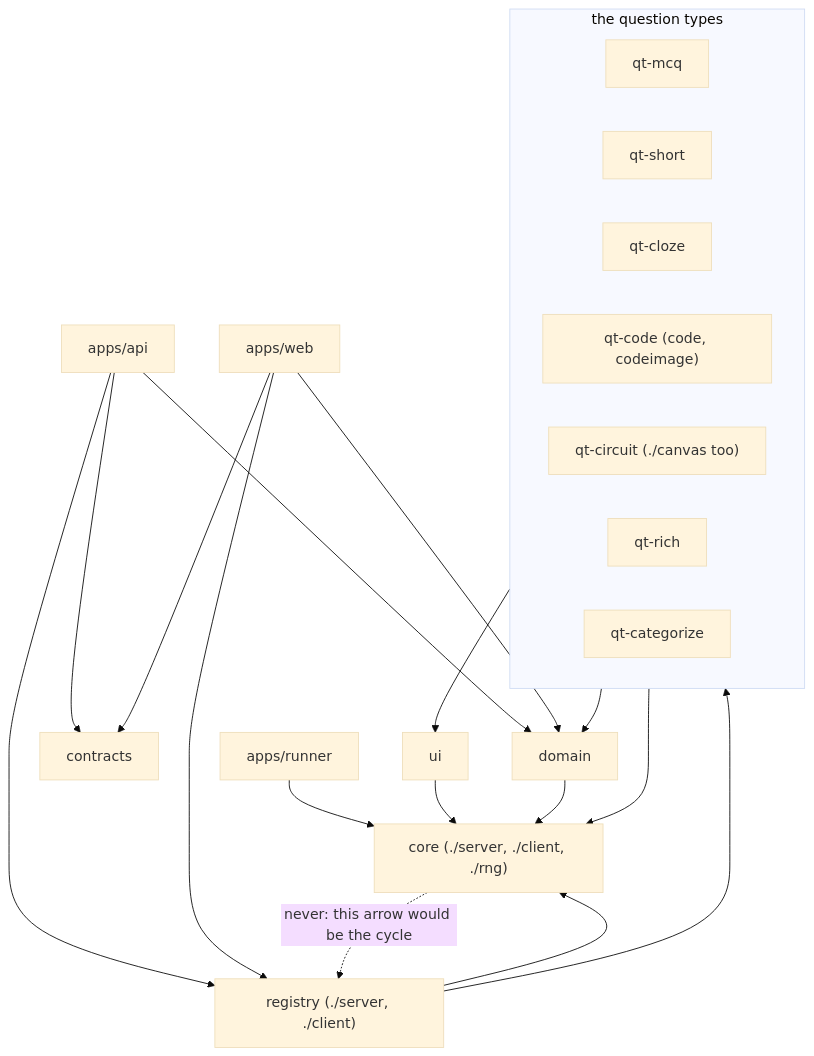
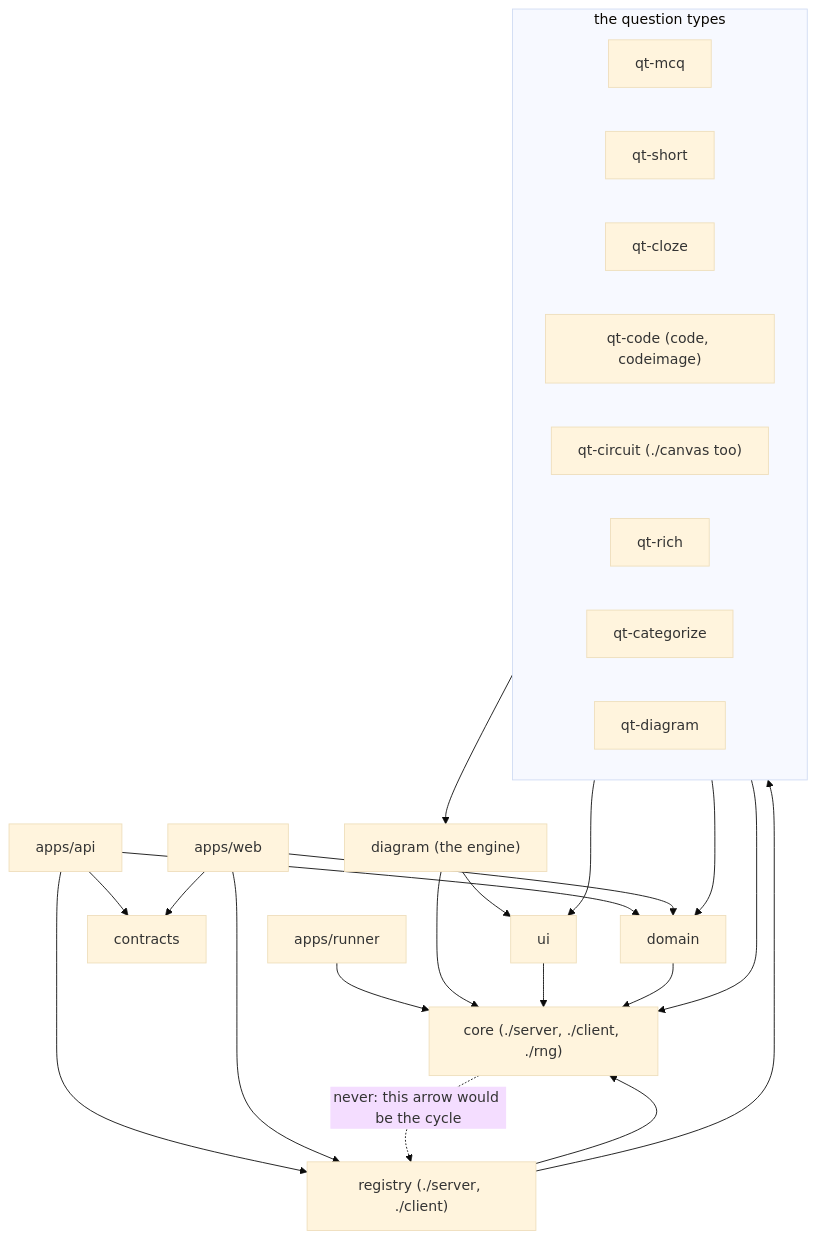
One commit to heig-tin-info/heig-quiz changed the second of 8 diagrams in docs/development/architecture.md. Above: the diagram before and after it, drawn with Mermaid (base theme). The commit also changed other lines of this file and 69 other files, not shown here.

First line of the commit message:
feat(diagram): the diagram question type, packages/qt-diagram (ADR-046) (#360)

````diff
--- a/docs/development/architecture.md
+++ b/docs/development/architecture.md
@@ -58,36 +58,41 @@
 ```mermaid
 flowchart TB
   API["apps/api"]
   WEB["apps/web"]
   RUNNER["apps/runner"]
   REG["registry (./server, ./client)"]
   CON["contracts"]
   DOM["domain"]
   CORE["core (./server, ./client, ./rng)"]
   UI["ui"]
   subgraph QT["the question types"]
     direction LR
     MCQ["qt-mcq"]
     SHORT["qt-short"]
     CLOZE["qt-cloze"]
     CODE["qt-code (code, codeimage)"]
     CIRCUIT["qt-circuit (./canvas too)"]
     RICH["qt-rich"]
     CATEGORIZE["qt-categorize"]
+    DIAGRAMQT["qt-diagram"]
   end
+  DIAGRAM["diagram (the engine)"]
   API --> CON
   API --> REG
   API --> DOM
   WEB --> CON
   WEB --> REG
   WEB --> DOM
   RUNNER --> CORE
   REG --> QT
   REG --> CORE
   QT --> DOM
   QT --> UI
   QT --> CORE
+  DIAGRAMQT --> DIAGRAM
+  DIAGRAM --> UI
+  DIAGRAM --> CORE
   UI --> CORE
   DOM --> CORE
   CORE -. "never: this arrow would be the cycle" .-> REG
 ```
````
